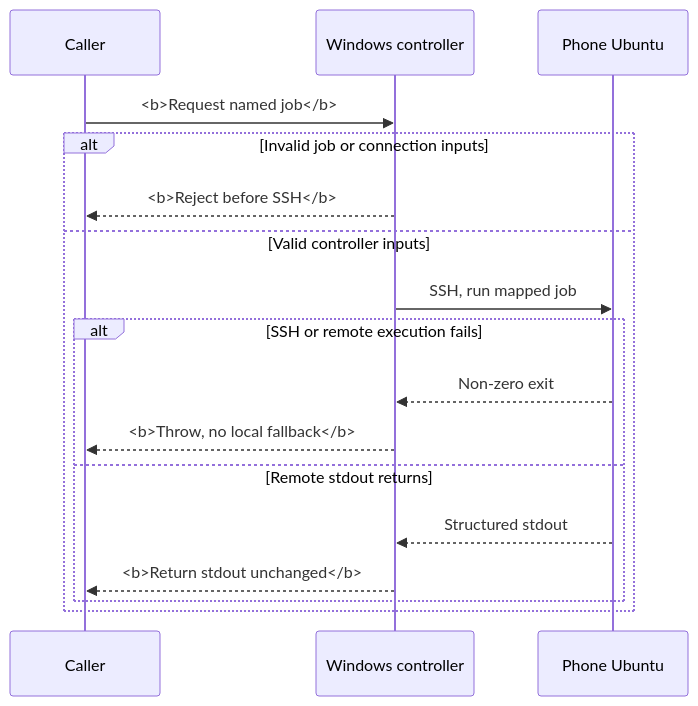
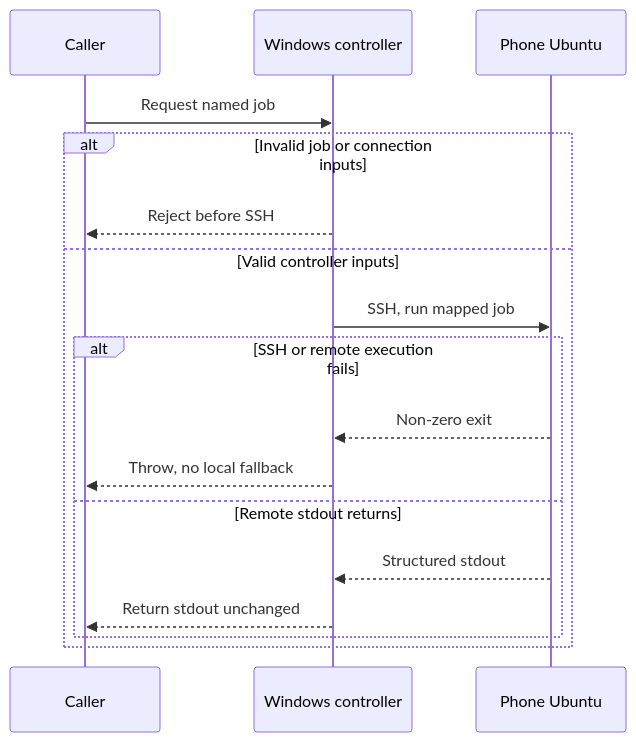
The first of 3 diagrams in README.md (Niyam-Paneru/ubuntu-phone-compute-bridge), drawn with Mermaid before and after one commit.

Commit message:
docs: remove literal HTML from sequence labels

````diff
--- a/README.md
+++ b/README.md
@@ -11,20 +11,20 @@
 ```mermaid
 sequenceDiagram
     participant C as Caller
     participant W as Windows controller
     participant P as Phone Ubuntu
 
-    C->>W: <b>Request named job</b>
+    C->>W: Request named job
     alt Invalid job or connection inputs
-        W-->>C: <b>Reject before SSH</b>
+        W-->>C: Reject before SSH
     else Valid controller inputs
         W->>P: SSH, run mapped job
         alt SSH or remote execution fails
             P-->>W: Non-zero exit
-            W-->>C: <b>Throw, no local fallback</b>
+            W-->>C: Throw, no local fallback
         else Remote stdout returns
             P-->>W: Structured stdout
-            W-->>C: <b>Return stdout unchanged</b>
+            W-->>C: Return stdout unchanged
         end
     end
 ```
````
